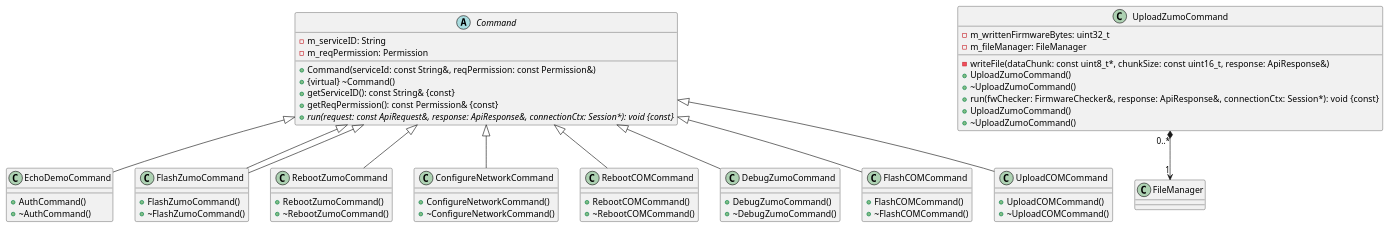
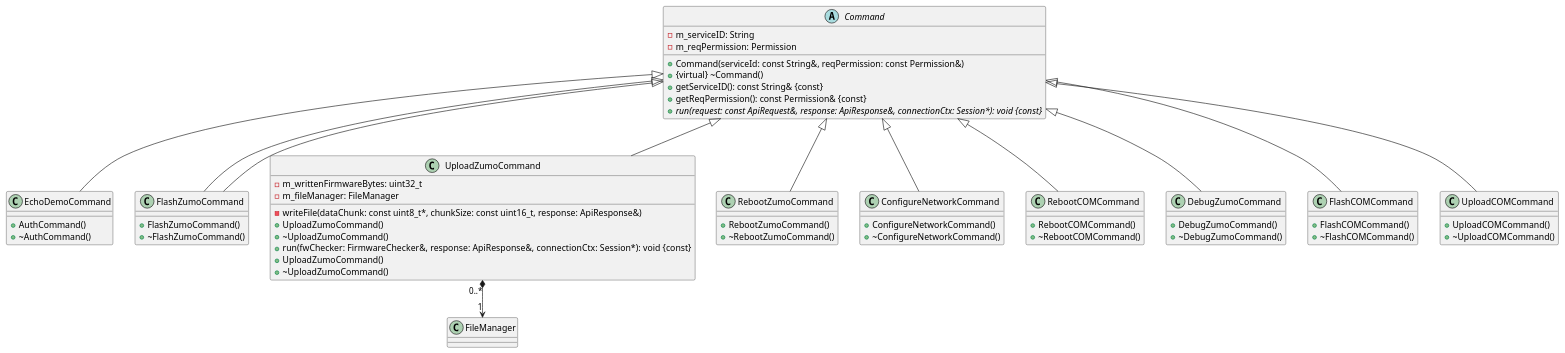
Before and after one commit to NewTec-GmbH/ZumoComSystem: the diagram in doc/design/server/ClassDiagrams/03_Commands.plantuml, drawn with PlantUML. The commit also changed 9 other files, not shown here.

Commit message:
refactor(server): Update design diagrams #65

```diff
--- a/doc/design/server/ClassDiagrams/03_Commands.plantuml
+++ b/doc/design/server/ClassDiagrams/03_Commands.plantuml
@@ -1,89 +1,90 @@
 @startuml
 
 abstract class Command
 {
     - m_serviceID: String
     - m_reqPermission: Permission
     + Command(serviceId: const String&, reqPermission: const Permission&)
     + {virtual} ~Command()
     + getServiceID(): const String& {const}
     + getReqPermission(): const Permission& {const}
     + {abstract} run(request: const ApiRequest&, response: ApiResponse&, connectionCtx: Session*): void {const}
 }
 
 class EchoDemoCommand
 {
     + AuthCommand()
     + ~AuthCommand()
 }
 Command <|-down-EchoDemoCommand
 
 class FlashZumoCommand
 {
     + FlashZumoCommand()
     + ~FlashZumoCommand()
 }
 Command <|-down-FlashZumoCommand
 
 class UploadZumoCommand
 {
     - m_writtenFirmwareBytes: uint32_t
     - m_fileManager: FileManager
     - writeFile(dataChunk: const uint8_t*, chunkSize: const uint16_t, response: ApiResponse&)
     + UploadZumoCommand()
     + ~UploadZumoCommand()
     + run(fwChecker: FirmwareChecker&, response: ApiResponse&, connectionCtx: Session*):  void {const}
 }
+Command <|-down-UploadZumoCommand
 UploadZumoCommand "0..*" *--> "1" FileManager
 
 class UploadZumoCommand
 {
     + UploadZumoCommand()
     + ~UploadZumoCommand()
 }
 Command <|-down-FlashZumoCommand
 
 class RebootZumoCommand
 {
     + RebootZumoCommand()
     + ~RebootZumoCommand()
 
 }
 Command <|-down-RebootZumoCommand
 
 class ConfigureNetworkCommand
 {
     + ConfigureNetworkCommand()
     + ~ConfigureNetworkCommand()
 }
 Command <|-down-ConfigureNetworkCommand
 
 class RebootCOMCommand
 {
     + RebootCOMCommand()
     + ~RebootCOMCommand()
 }
 Command <|-down-RebootCOMCommand
 
 class DebugZumoCommand
 {
     + DebugZumoCommand()
     + ~DebugZumoCommand()
 }
 Command <|-down-DebugZumoCommand
 
 class FlashCOMCommand
 {
     + FlashCOMCommand()
     + ~FlashCOMCommand()
 }
 Command <|-down-FlashCOMCommand
 
 class UploadCOMCommand
 {
     + UploadCOMCommand()
     + ~UploadCOMCommand()
 }
 Command <|-down-UploadCOMCommand
 
 @enduml
```
